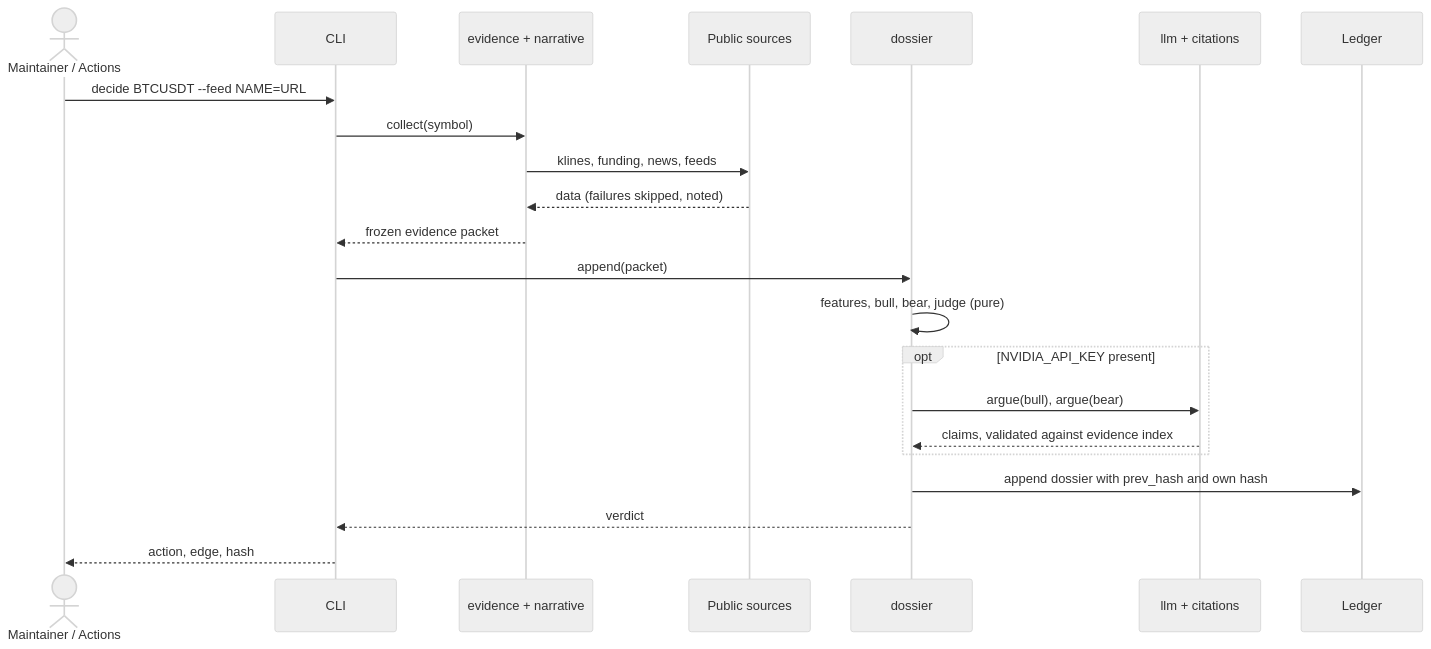
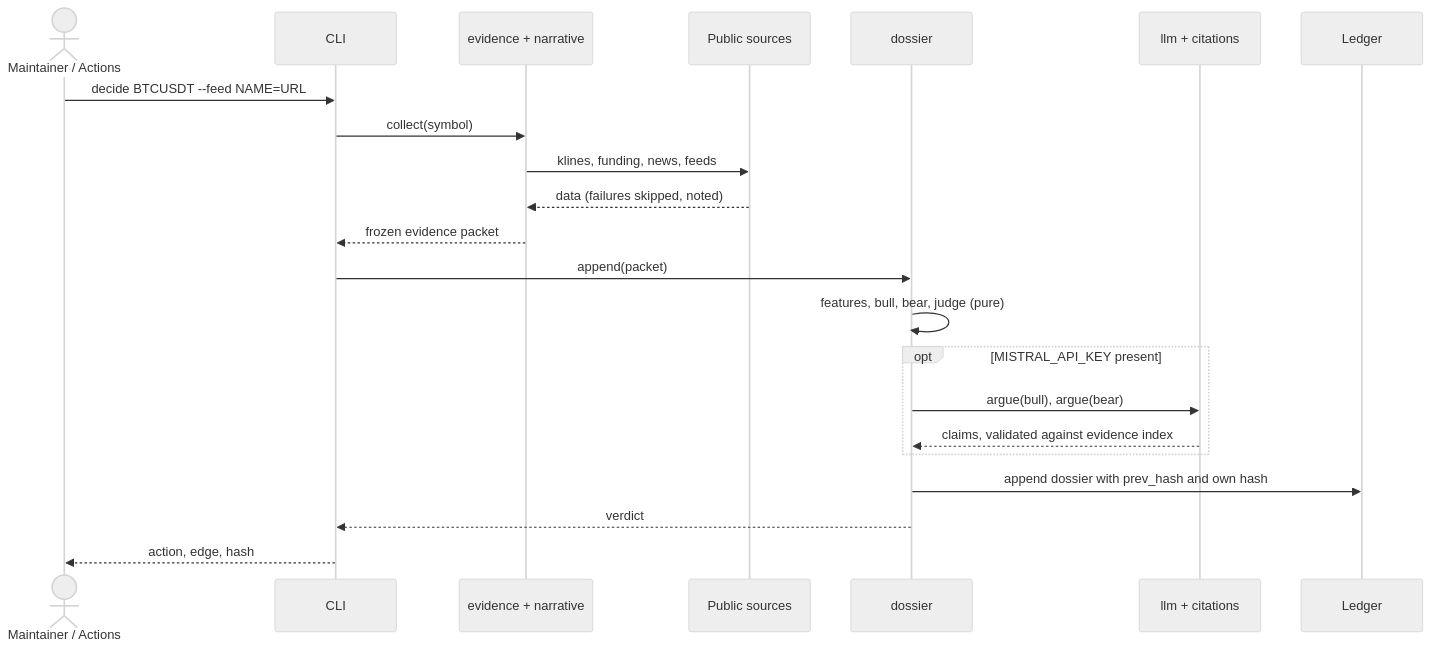
Before and after one commit to AndriyAmaro/verdict-desk: the third of 3 diagrams in docs/architecture.md, drawn with Mermaid (neutral theme). The commit also changed other lines of this file and 6 other files, not shown here.

First line of the commit message:
llm: switch the LLM provider to the Mistral API (MISTRAL_API_KEY)

````diff
--- a/docs/architecture.md
+++ b/docs/architecture.md
@@ -142,25 +142,25 @@
 ```mermaid
 sequenceDiagram
     actor Op as Maintainer / Actions
     participant CLI as CLI
     participant Ev as evidence + narrative
     participant Src as Public sources
     participant D as dossier
     participant L as llm + citations
     participant Led as Ledger
 
     Op->>CLI: decide BTCUSDT --feed NAME=URL
     CLI->>Ev: collect(symbol)
     Ev->>Src: klines, funding, news, feeds
     Src-->>Ev: data (failures skipped, noted)
     Ev-->>CLI: frozen evidence packet
     CLI->>D: append(packet)
     D->>D: features, bull, bear, judge (pure)
-    opt NVIDIA_API_KEY present
+    opt MISTRAL_API_KEY present
         D->>L: argue(bull), argue(bear)
         L-->>D: claims, validated against evidence index
     end
     D->>Led: append dossier with prev_hash and own hash
     D-->>CLI: verdict
     CLI-->>Op: action, edge, hash
 ```
````
